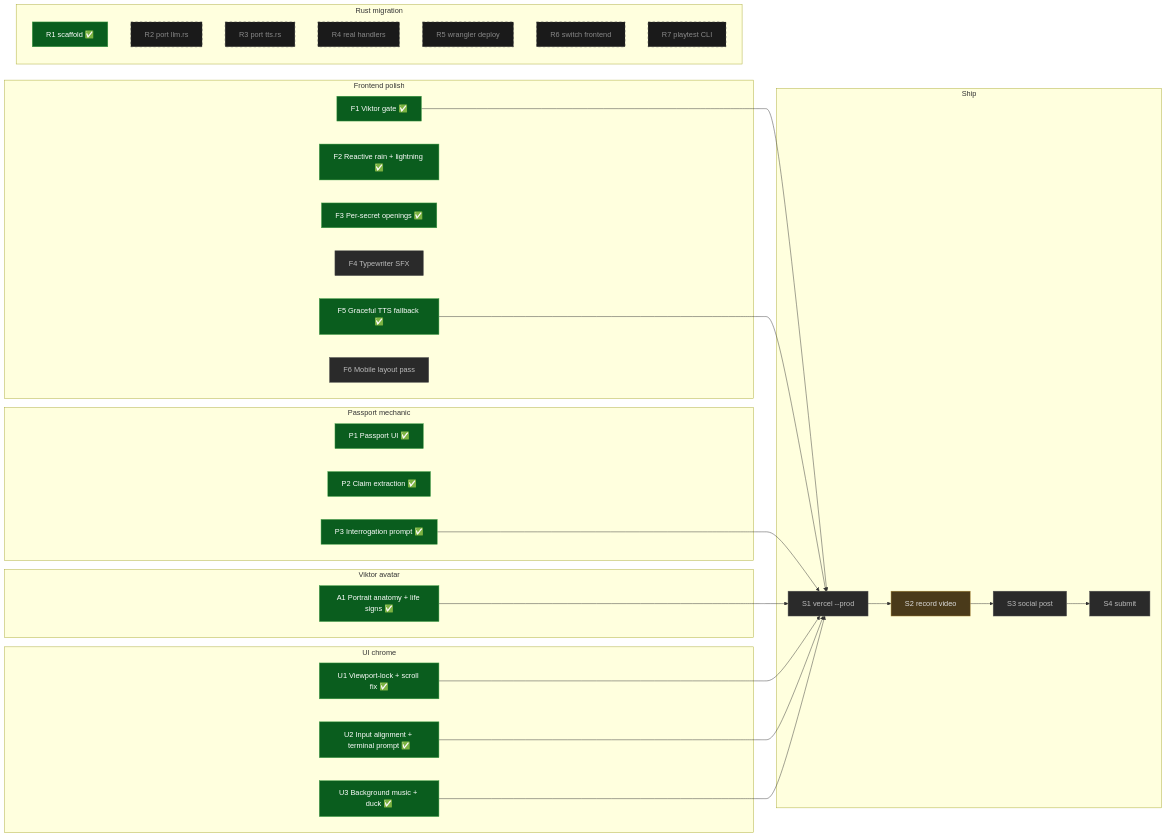
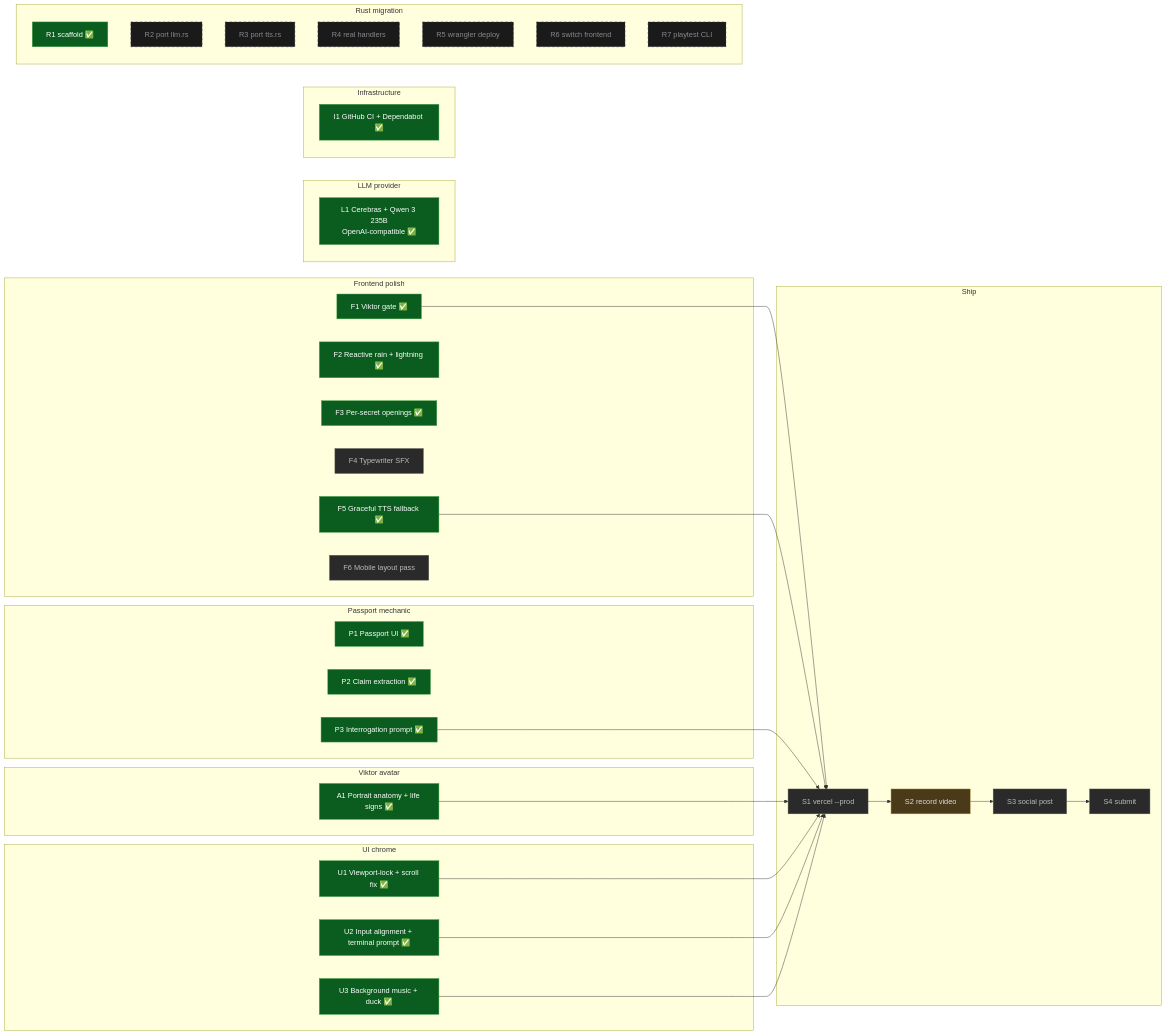
The first of 3 diagrams in docs/STATUS.md (AnkanMisra/Negotiator), drawn with Mermaid before and after one commit. The commit also changed other lines of this file and 1 other file, not shown here.

````diff
--- a/docs/STATUS.md
+++ b/docs/STATUS.md
@@ -25,52 +25,60 @@
 ```mermaid
 flowchart LR
     subgraph Frontend[Frontend polish]
         F1[F1 Viktor gate ✅]:::done
         F2[F2 Reactive rain + lightning ✅]:::done
         F3[F3 Per-secret openings ✅]:::done
         F4[F4 Typewriter SFX]:::todo
         F5[F5 Graceful TTS fallback ✅]:::done
         F6[F6 Mobile layout pass]:::todo
     end
 
     subgraph Passport[Passport mechanic]
         P1[P1 Passport UI ✅]:::done
         P2[P2 Claim extraction ✅]:::done
         P3[P3 Interrogation prompt ✅]:::done
     end
 
     subgraph Avatar[Viktor avatar]
         A1[A1 Portrait anatomy + life signs ✅]:::done
     end
 
     subgraph UI[UI chrome]
         U1[U1 Viewport-lock + scroll fix ✅]:::done
         U2[U2 Input alignment + terminal prompt ✅]:::done
         U3[U3 Background music + duck ✅]:::done
     end
 
+    subgraph LLM[LLM provider]
+        L1[L1 Cerebras + Qwen 3 235B<br/>OpenAI-compatible ✅]:::done
+    end
+
+    subgraph Infra[Infrastructure]
+        I1[I1 GitHub CI + Dependabot ✅]:::done
+    end
+
     subgraph Rust[Rust migration]
         R1[R1 scaffold ✅]:::done
         R2[R2 port llm.rs]:::deferred
         R3[R3 port tts.rs]:::deferred
         R4[R4 real handlers]:::deferred
         R5[R5 wrangler deploy]:::deferred
         R6[R6 switch frontend]:::deferred
         R7[R7 playtest CLI]:::deferred
     end
 
     subgraph Ship[Ship]
         S1[S1 vercel --prod]:::todo
         S2[S2 record video]:::blocked
         S3[S3 social post]:::todo
         S4[S4 submit]:::todo
     end
 
     F1 & F5 & P3 & A1 & U1 & U2 & U3 --> S1
     S1 --> S2 --> S3 --> S4
 
     classDef done fill:#0a5d1e,stroke:#43a047,color:#fff
     classDef todo fill:#2a2a2a,stroke:#555,color:#bbb
     classDef blocked fill:#4a3a1a,stroke:#a88432,color:#ddd
     classDef deferred fill:#1a1a1a,stroke:#444,color:#888,stroke-dasharray: 5 5
 ```
````
